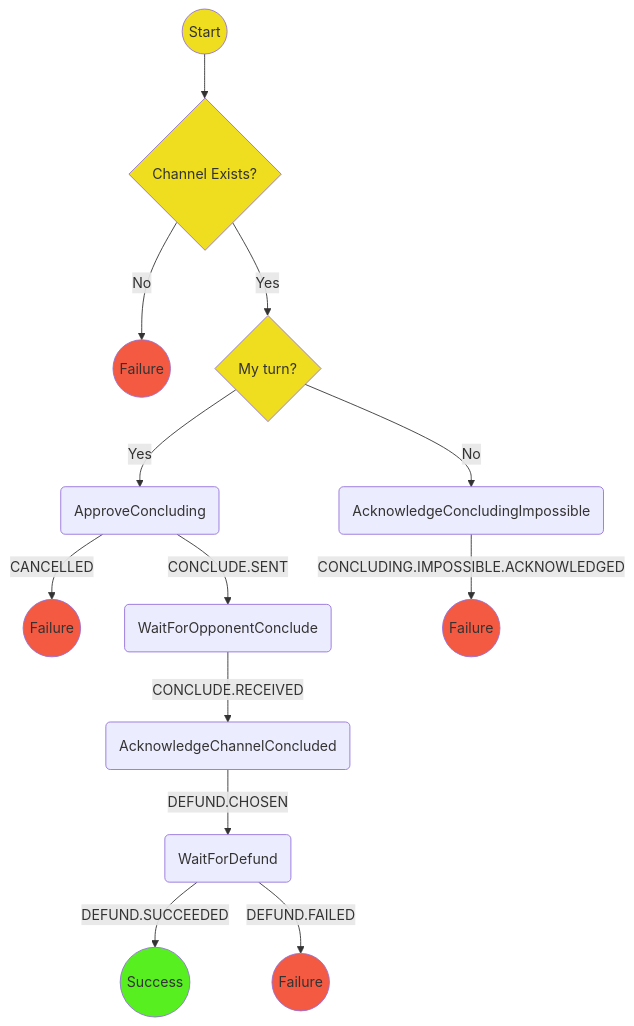
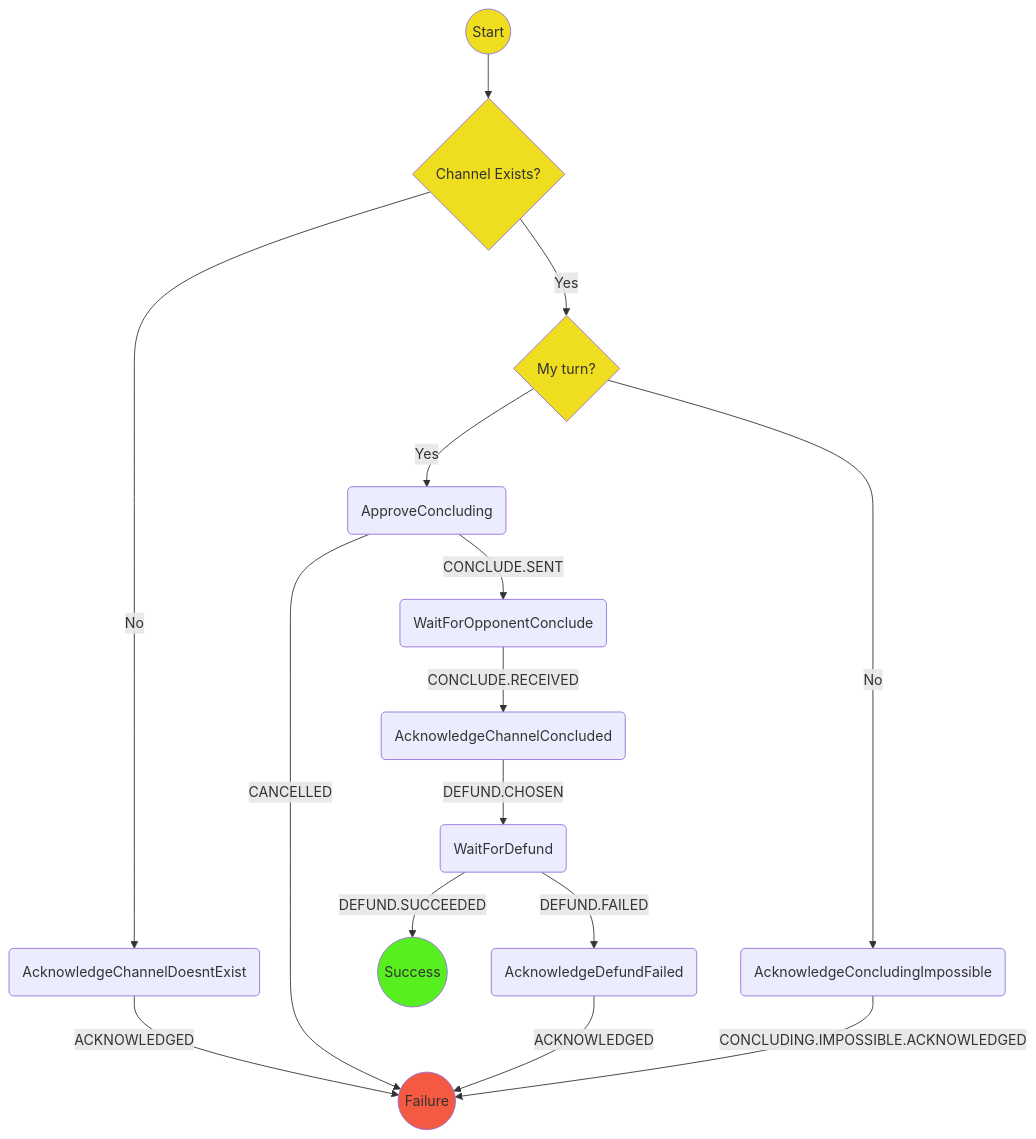
The diagram in packages/wallet/src/redux/protocols/concluding/readme.md (magmo/apps), drawn with Mermaid before and after one commit. The commit also changed 6 other files, not shown here.

````diff
--- a/packages/wallet/src/redux/protocols/concluding/readme.md
+++ b/packages/wallet/src/redux/protocols/concluding/readme.md
@@ -21,23 +21,22 @@
 ```mermaid
 graph TD
   S((Start)) --> E{Channel Exists?}
-  E --> |No| F1((Failure))
+  E --> |No| ACDE(AcknowledgeChannelDoesntExist)
+  ACDE -->|ACKNOWLEDGED| F((Failure))
   E --> |Yes| MT{My turn?}
   MT  --> |Yes| CC(ApproveConcluding)
   MT  --> |No| RC(AcknowledgeConcludingImpossible)
-  CC  --> |CANCELLED| F2((Failure))
+  CC  --> |CANCELLED| F
   CC  --> |CONCLUDE.SENT| WOC(WaitForOpponentConclude)
   WOC --> |CONCLUDE.RECEIVED| ACC(AcknowledgeChannelConcluded)
   ACC --> |DEFUND.CHOSEN| D(WaitForDefund)
   D   --> |DEFUND.SUCCEEDED| SS((Success))
-  D   --> |DEFUND.FAILED| F3((Failure))
-  RC  --> |CONCLUDING.IMPOSSIBLE.ACKNOWLEDGED| F4((Failure))
+  D   --> |DEFUND.FAILED| ADF(AcknowledgeDefundFailed)
+  ADF -->|ACKNOWLEDGED| F((Failure))
+  RC  --> |CONCLUDING.IMPOSSIBLE.ACKNOWLEDGED| F
   style S  fill:#efdd20
   style E  fill:#efdd20
   style MT fill:#efdd20
   style SS fill:#58ef21
-  style F1 fill:#f45941
-  style F2 fill:#f45941
-  style F3 fill:#f45941
-  style F4 fill:#f45941
+  style F  fill:#f45941
 ```
````
